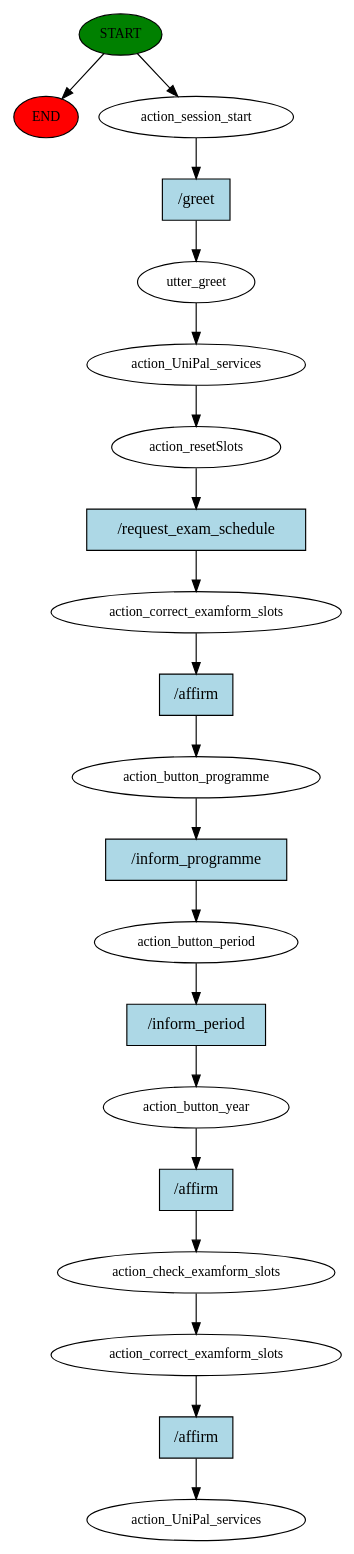
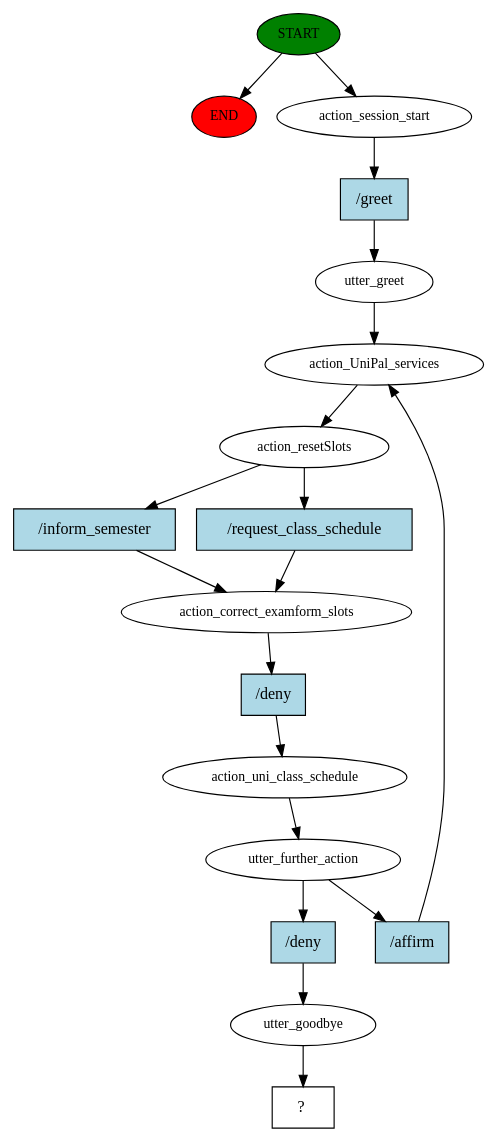
Before and after one commit to theatina/UniPal: the diagram in UniPal/story_graph.dot, drawn with Graphviz. The commit also changed 19 other files, not shown here.

```diff
--- a/UniPal/story_graph.dot
+++ b/UniPal/story_graph.dot
@@ -1,41 +1,37 @@
 digraph  {
 0 [class="start active", fillcolor=green, fontsize=12, label=START, style=filled];
 "-1" [class=end, fillcolor=red, fontsize=12, label=END, style=filled];
 1 [class=active, fontsize=12, label=action_session_start];
 2 [class=active, fontsize=12, label=utter_greet];
 3 [class=active, fontsize=12, label=action_UniPal_services];
 4 [class=active, fontsize=12, label=action_resetSlots];
 5 [class=active, fontsize=12, label=action_correct_examform_slots];
-6 [class=active, fontsize=12, label=action_button_programme];
-7 [class=active, fontsize=12, label=action_button_period];
-8 [class=active, fontsize=12, label=action_button_year];
-9 [class=active, fontsize=12, label=action_check_examform_slots];
-10 [class=active, fontsize=12, label=action_correct_examform_slots];
-11 [class="dashed active", fontsize=12, label=action_UniPal_services];
-12 [class="intent active", fillcolor=lightblue, label="/greet", shape=rect, style=filled];
-13 [class="intent active", fillcolor=lightblue, label="/request_exam_schedule", shape=rect, style=filled];
-14 [class="intent active", fillcolor=lightblue, label="/affirm", shape=rect, style=filled];
-15 [class="intent active", fillcolor=lightblue, label="/inform_programme", shape=rect, style=filled];
-16 [class="intent active", fillcolor=lightblue, label="/inform_period", shape=rect, style=filled];
-17 [class="intent active", fillcolor=lightblue, label="/affirm", shape=rect, style=filled];
-18 [class="intent active", fillcolor=lightblue, label="/affirm", shape=rect, style=filled];
+6 [class=active, fontsize=12, label=action_uni_class_schedule];
+7 [class=active, fontsize=12, label=utter_further_action];
+13 [class=active, fontsize=12, label=utter_goodbye];
+14 [class="intent dashed active", label="  ?  ", shape=rect];
+15 [class="intent active", fillcolor=lightblue, label="/greet", shape=rect, style=filled];
+16 [class="intent active", fillcolor=lightblue, label="/inform_semester", shape=rect, style=filled];
+17 [class="intent active", fillcolor=lightblue, label="/request_class_schedule", shape=rect, style=filled];
+18 [class="intent active", fillcolor=lightblue, label="/deny", shape=rect, style=filled];
+19 [class="intent active", fillcolor=lightblue, label="/affirm", shape=rect, style=filled];
+20 [class="intent active", fillcolor=lightblue, label="/deny", shape=rect, style=filled];
 0 -> "-1"  [class="", key=NONE, label=""];
 0 -> 1  [class=active, key=NONE, label=""];
-1 -> 12  [class=active, key=0];
+1 -> 15  [class=active, key=0];
 2 -> 3  [class=active, key=NONE, label=""];
 3 -> 4  [class=active, key=NONE, label=""];
-4 -> 13  [class=active, key=0];
-5 -> 14  [class=active, key=0];
-6 -> 15  [class=active, key=0];
-7 -> 16  [class=active, key=0];
-8 -> 17  [class=active, key=0];
-9 -> 10  [class=active, key=NONE, label=""];
-10 -> 18  [class=active, key=0];
-12 -> 2  [class=active, key=0];
-13 -> 5  [class=active, key=0];
-14 -> 6  [class=active, key=0];
-15 -> 7  [class=active, key=0];
-16 -> 8  [class=active, key=0];
-17 -> 9  [class=active, key=0];
-18 -> 11  [class=active, key=0];
+4 -> 16  [class=active, key=0];
+4 -> 17  [class=active, key=0];
+5 -> 18  [class=active, key=0];
+6 -> 7  [class=active, key=NONE, label=""];
+7 -> 19  [class=active, key=0];
+7 -> 20  [class=active, key=0];
+13 -> 14  [class=active, key=NONE, label=""];
+15 -> 2  [class=active, key=0];
+16 -> 5  [class=active, key=0];
+17 -> 5  [class=active, key=0];
+18 -> 6  [class=active, key=0];
+19 -> 3  [class=active, key=0];
+20 -> 13  [class=active, key=0];
 }
```
